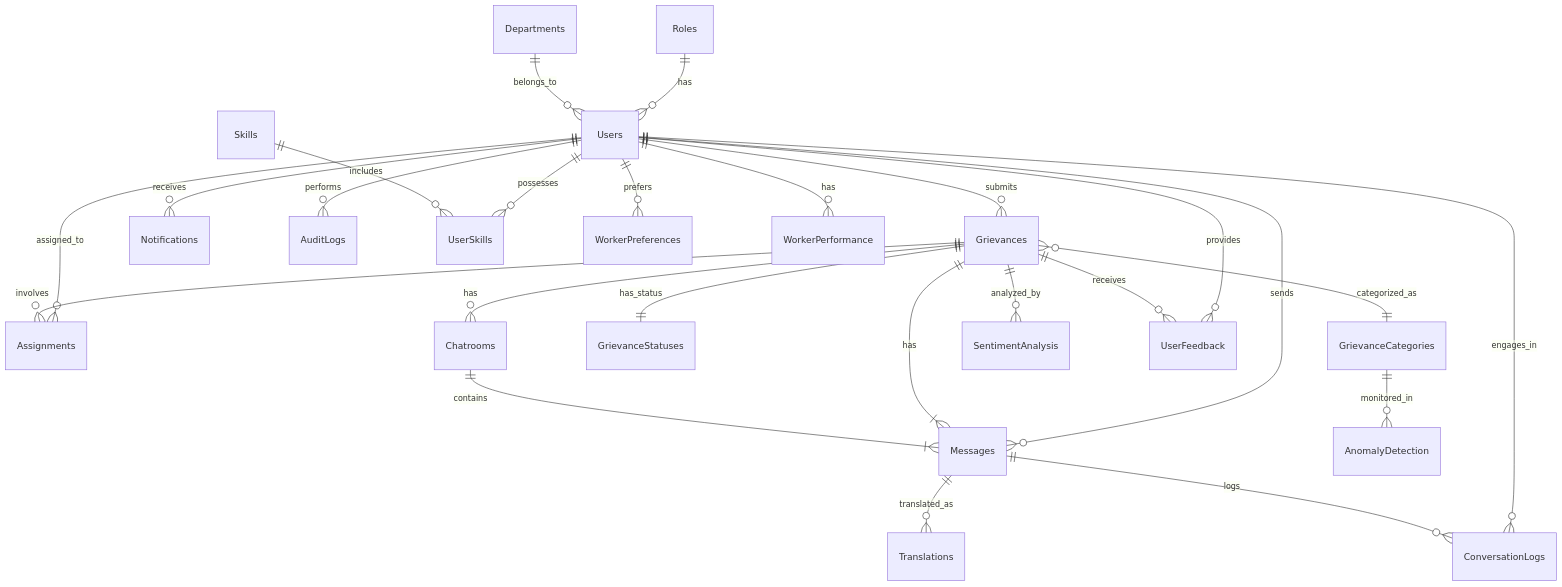
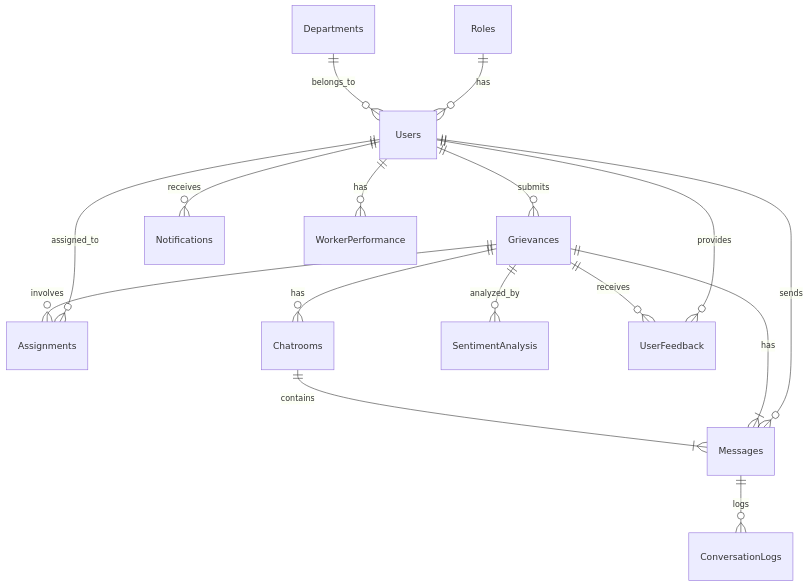
Before and after one commit to Transcendental-Programmer/Hostel-Management-System: the diagram in schema.md, drawn with Mermaid. The commit also changed other lines of this file, not shown here.

````diff
--- a/schema.md
+++ b/schema.md
@@ -492,27 +336,18 @@
 ```mermaid
 erDiagram
     Users ||--o{ Grievances : submits
     Users ||--o{ Assignments : assigned_to
     Users ||--o{ Messages : sends
     Roles ||--o{ Users : has
     Departments ||--o{ Users : belongs_to
     Grievances ||--|{ Messages : has
-    Grievances }o--|| GrievanceCategories : categorized_as
-    Grievances ||--|| GrievanceStatuses : has_status
     Grievances ||--o{ Assignments : involves
     Grievances ||--o{ Chatrooms : has
     Chatrooms ||--|{ Messages : contains
     Grievances ||--o{ SentimentAnalysis : analyzed_by
-    GrievanceCategories ||--o{ AnomalyDetection : monitored_in
-    Messages ||--o{ Translations : translated_as
+    Messages ||--o{ ConversationLogs : logs
     Users ||--o{ Notifications : receives
-    Users ||--o{ AuditLogs : performs
-    Users ||--o{ UserSkills : possesses
-    Skills ||--o{ UserSkills : includes
-    Users ||--o{ WorkerPreferences : prefers
-    Users ||--o{ ConversationLogs : engages_in
-    Messages ||--o{ ConversationLogs : logs
     Users ||--o{ UserFeedback : provides
     Grievances ||--o{ UserFeedback : receives
     Users ||--o{ WorkerPerformance : has
 ```
````
